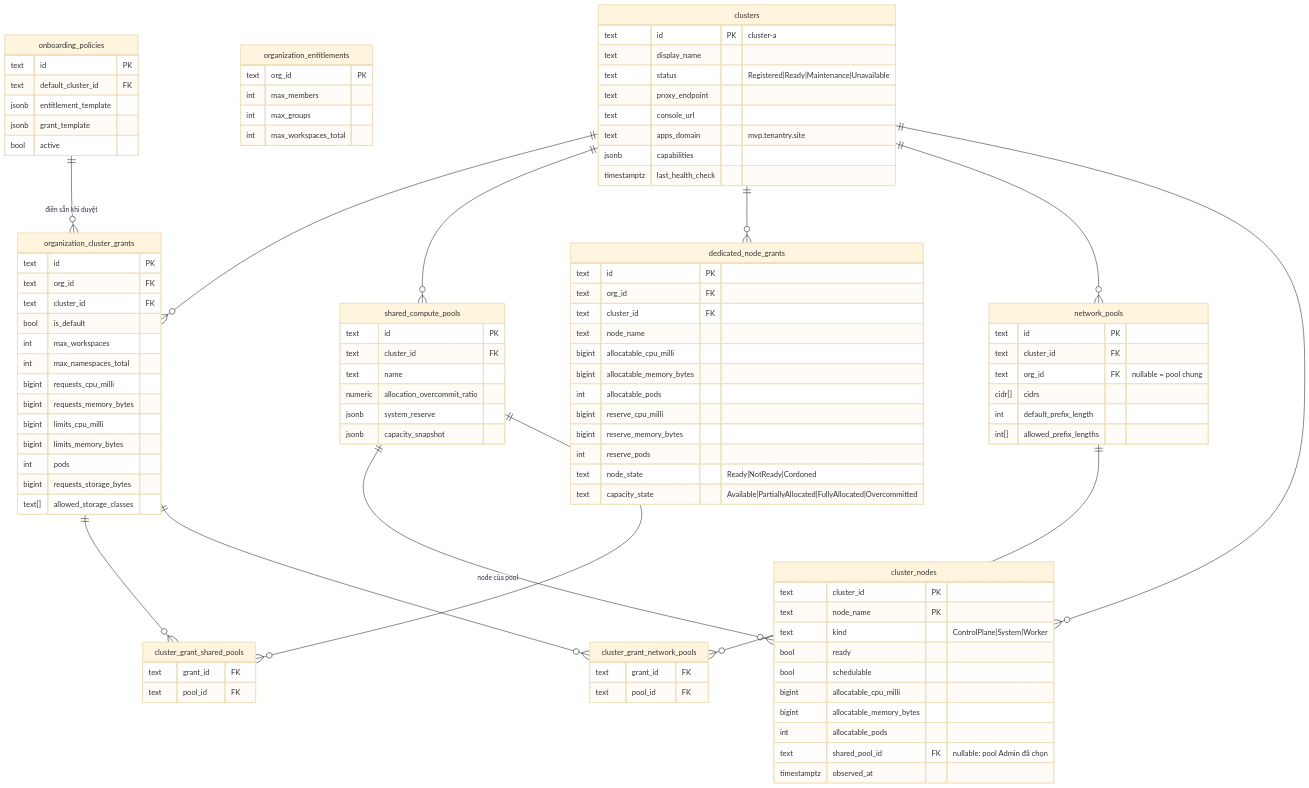
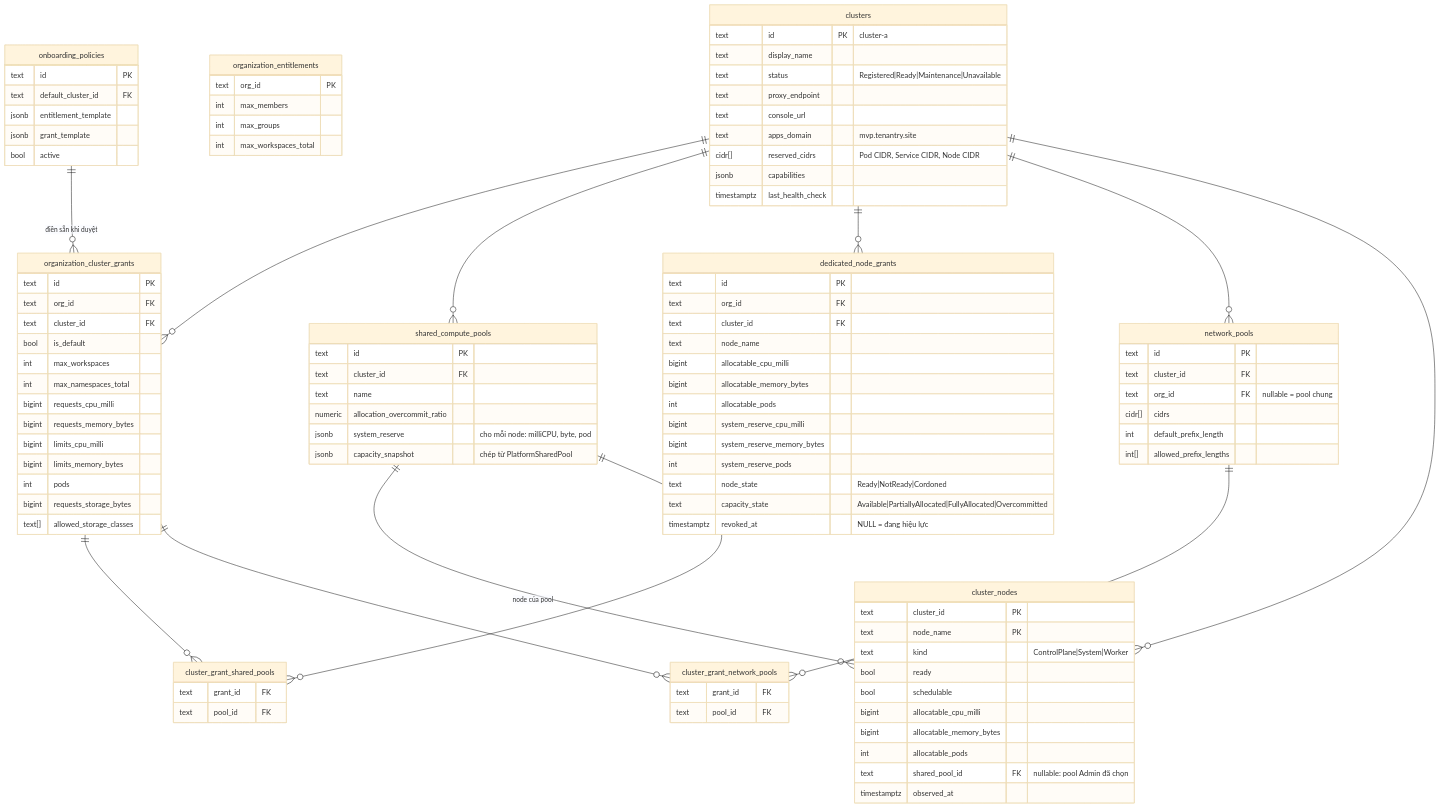
One commit to thaihoc1310/tenantry changed the third of 5 diagrams in docs/architecture/02-data-model.md. Above: the diagram before and after it, drawn with Mermaid (base theme). The commit also changed other lines of this file and 14 other files, not shown here.

```diff
--- a/docs/architecture/02-data-model.md
+++ b/docs/architecture/02-data-model.md
@@ -190,6 +194,7 @@
     text proxy_endpoint
     text console_url
     text apps_domain "mvp.tenantry.site"
+    cidr[] reserved_cidrs "Pod CIDR, Service CIDR, Node CIDR"
     jsonb capabilities
     timestamptz last_health_check
   }
@@ -226,8 +231,8 @@
     text cluster_id FK
     text name
     numeric allocation_overcommit_ratio
-    jsonb system_reserve
-    jsonb capacity_snapshot
+    jsonb system_reserve "cho mỗi node: milliCPU, byte, pod"
+    jsonb capacity_snapshot "chép từ PlatformSharedPool"
   }
   cluster_grant_shared_pools {
     text grant_id FK
@@ -253,11 +258,12 @@
     bigint allocatable_cpu_milli
     bigint allocatable_memory_bytes
     int allocatable_pods
-    bigint reserve_cpu_milli
-    bigint reserve_memory_bytes
-    int reserve_pods
+    bigint system_reserve_cpu_milli
+    bigint system_reserve_memory_bytes
+    int system_reserve_pods
     text node_state "Ready|NotReady|Cordoned"
     text capacity_state "Available|PartiallyAllocated|FullyAllocated|Overcommitted"
+    timestamptz revoked_at "NULL = đang hiệu lực"
   }
   network_pools {
     text id PK
```
